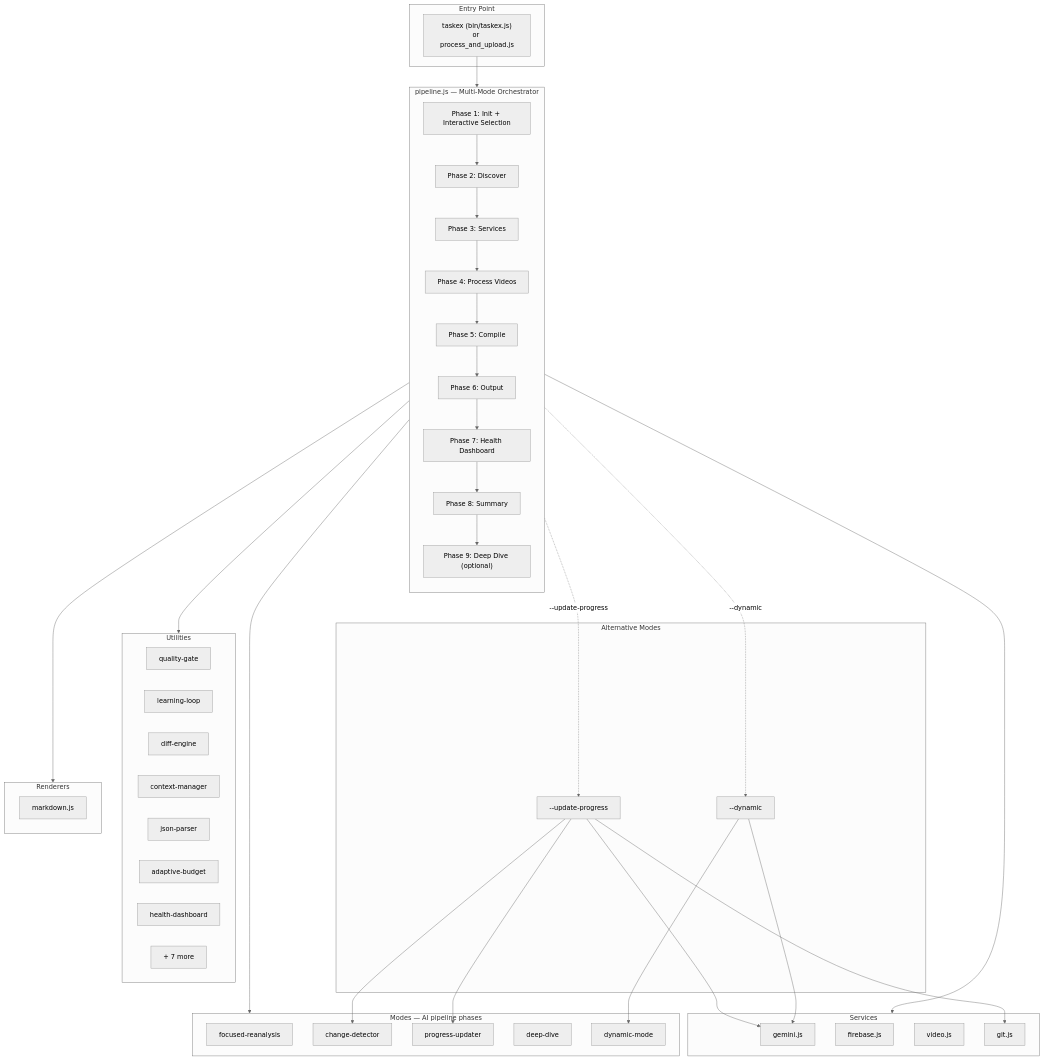
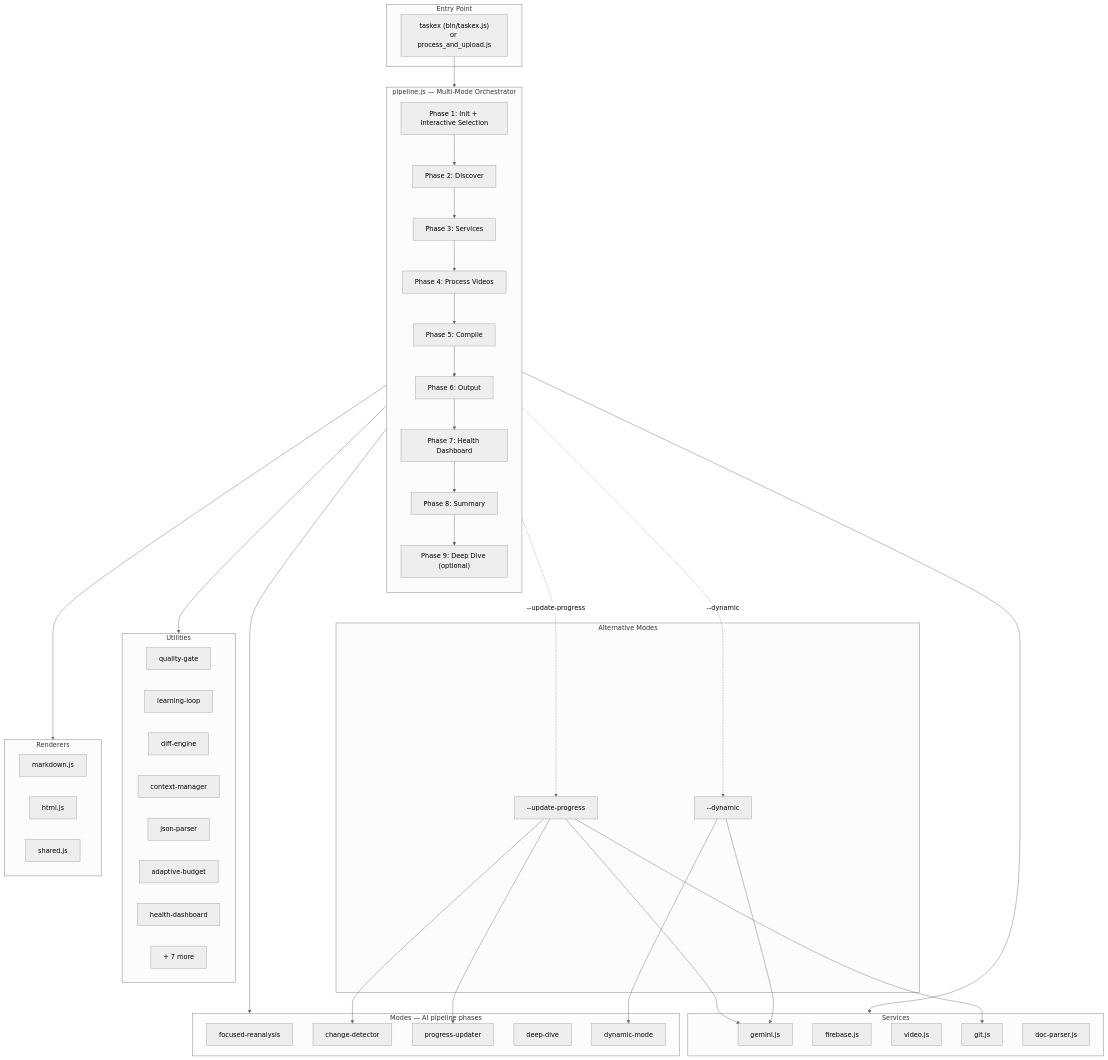
Before and after one commit to youssefadel94/task-summary-extractor: the first of 9 diagrams in ARCHITECTURE.md, drawn with Mermaid (neutral theme). The commit also changed other lines of this file and 12 other files, not shown here.

````diff
--- a/ARCHITECTURE.md
+++ b/ARCHITECTURE.md
@@ -46,70 +46,73 @@
 ```mermaid
 flowchart TB
     subgraph Entry["Entry Point"]
         EP["taskex (bin/taskex.js)\nor process_and_upload.js"]
     end
 
     subgraph Pipeline["pipeline.js — Multi-Mode Orchestrator"]
         direction TB
         P1["Phase 1: Init + Interactive Selection"]
         P2["Phase 2: Discover"]
         P3["Phase 3: Services"]
         P4["Phase 4: Process Videos"]
         P5["Phase 5: Compile"]
         P6["Phase 6: Output"]
         P7["Phase 7: Health Dashboard"]
         P8["Phase 8: Summary"]
         P9["Phase 9: Deep Dive (optional)"]
 
         P1 --> P2 --> P3 --> P4 --> P5 --> P6 --> P7 --> P8 --> P9
     end
 
     subgraph AltModes["Alternative Modes"]
         UP["--update-progress"]
         DYN["--dynamic"]
     end
 
     subgraph Services["Services"]
         GEM["gemini.js"]
         FB["firebase.js"]
         VID["video.js"]
         GIT["git.js"]
+        DP["doc-parser.js"]
     end
 
     subgraph Utils["Utilities"]
         QG["quality-gate"]
         LL["learning-loop"]
         DE["diff-engine"]
         CM["context-manager"]
         JP["json-parser"]
         AB["adaptive-budget"]
         HD["health-dashboard"]
         OT["+ 7 more"]
     end
 
     subgraph Modes["Modes — AI pipeline phases"]
         FR["focused-reanalysis"]
         CD["change-detector"]
         PU["progress-updater"]
         DD["deep-dive"]
         DM["dynamic-mode"]
     end
 
     subgraph Renderers["Renderers"]
         MD["markdown.js"]
+        HTML["html.js"]
+        SHARED["shared.js"]
     end
 
     EP --> Pipeline
     P1 -.->|"--update-progress"| UP
     P1 -.->|"--dynamic"| DYN
     Pipeline --> Services
     Pipeline --> Utils
     Pipeline --> Modes
     Pipeline --> Renderers
     UP --> GIT
     UP --> CD
     UP --> PU
     UP --> GEM
     DYN --> DM
     DYN --> GEM
 ```
````
